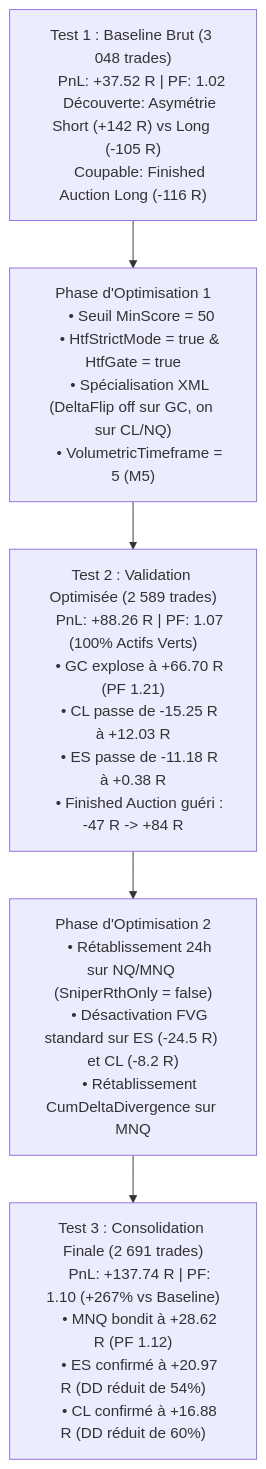
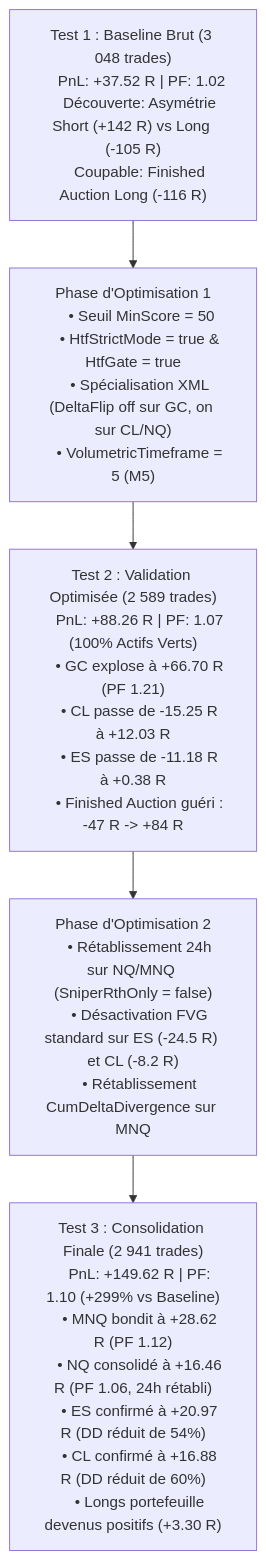
One commit to amc-pro/AMC-V8 changed the diagram in README.md. Above: the diagram before and after it, drawn with Mermaid. The commit also changed other lines of this file and 3 other files, not shown here.

````diff
--- a/README.md
+++ b/README.md
@@ -254,26 +254,28 @@
 ```mermaid
 graph TD
     T1["Test 1 : Baseline Brut (3 048 trades)
     PnL: +37.52 R | PF: 1.02
     Découverte: Asymétrie Short (+142 R) vs Long (-105 R)
     Coupable: Finished Auction Long (-116 R)"] --> OPT1["Phase d'Optimisation 1
     • Seuil MinScore = 50
     • HtfStrictMode = true & HtfGate = true
     • Spécialisation XML (DeltaFlip off sur GC, on sur CL/NQ)
     • VolumetricTimeframe = 5 (M5)"]
     OPT1 --> T2["Test 2 : Validation Optimisée (2 589 trades)
     PnL: +88.26 R | PF: 1.07 (100% Actifs Verts)
     • GC explose à +66.70 R (PF 1.21)
     • CL passe de -15.25 R à +12.03 R
     • ES passe de -11.18 R à +0.38 R
     • Finished Auction guéri : -47 R -> +84 R"]
     T2 --> OPT2["Phase d'Optimisation 2
     • Rétablissement 24h sur NQ/MNQ (SniperRthOnly = false)
     • Désactivation FVG standard sur ES (-24.5 R) et CL (-8.2 R)
     • Rétablissement CumDeltaDivergence sur MNQ"]
-    OPT2 --> T3["Test 3 : Consolidation Finale (2 691 trades)
-    PnL: +137.74 R | PF: 1.10 (+267% vs Baseline)
+    OPT2 --> T3["Test 3 : Consolidation Finale (2 941 trades)
+    PnL: +149.62 R | PF: 1.10 (+299% vs Baseline)
     • MNQ bondit à +28.62 R (PF 1.12)
+    • NQ consolidé à +16.46 R (PF 1.06, 24h rétabli)
     • ES confirmé à +20.97 R (DD réduit de 54%)
-    • CL confirmé à +16.88 R (DD réduit de 60%)"]
+    • CL confirmé à +16.88 R (DD réduit de 60%)
+    • Longs portefeuille devenus positifs (+3.30 R)"]
 ```
````
